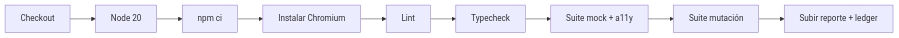
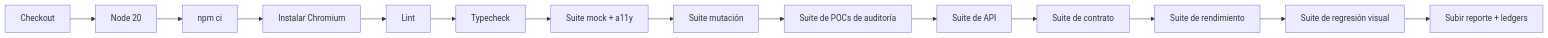
The third of 3 diagrams in README.es.md (criguex/civica-playwright-challenge), drawn with Mermaid before and after one commit. The commit also changed other lines of this file and 42 other files, not shown here.

First line of the commit message:
Full test catalog: UI, mutation, audit, API, contract, performance, visual (#1)

````diff
--- a/README.es.md
+++ b/README.es.md
@@ -387,11 +477,16 @@
 ```mermaid
 flowchart LR
   A[Checkout] --> B[Node 20]
   B --> C[npm ci]
   C --> D[Instalar Chromium]
   D --> E[Lint]
   E --> F[Typecheck]
   F --> G[Suite mock + a11y]
   G --> H[Suite mutación]
-  H --> I[Subir reporte + ledger]
+  H --> I[Suite de POCs de auditoría]
+  I --> K[Suite de API]
+  K --> L[Suite de contrato]
+  L --> M[Suite de rendimiento]
+  M --> N[Suite de regresión visual]
+  N --> J[Subir reporte + ledgers]
 ```
````
